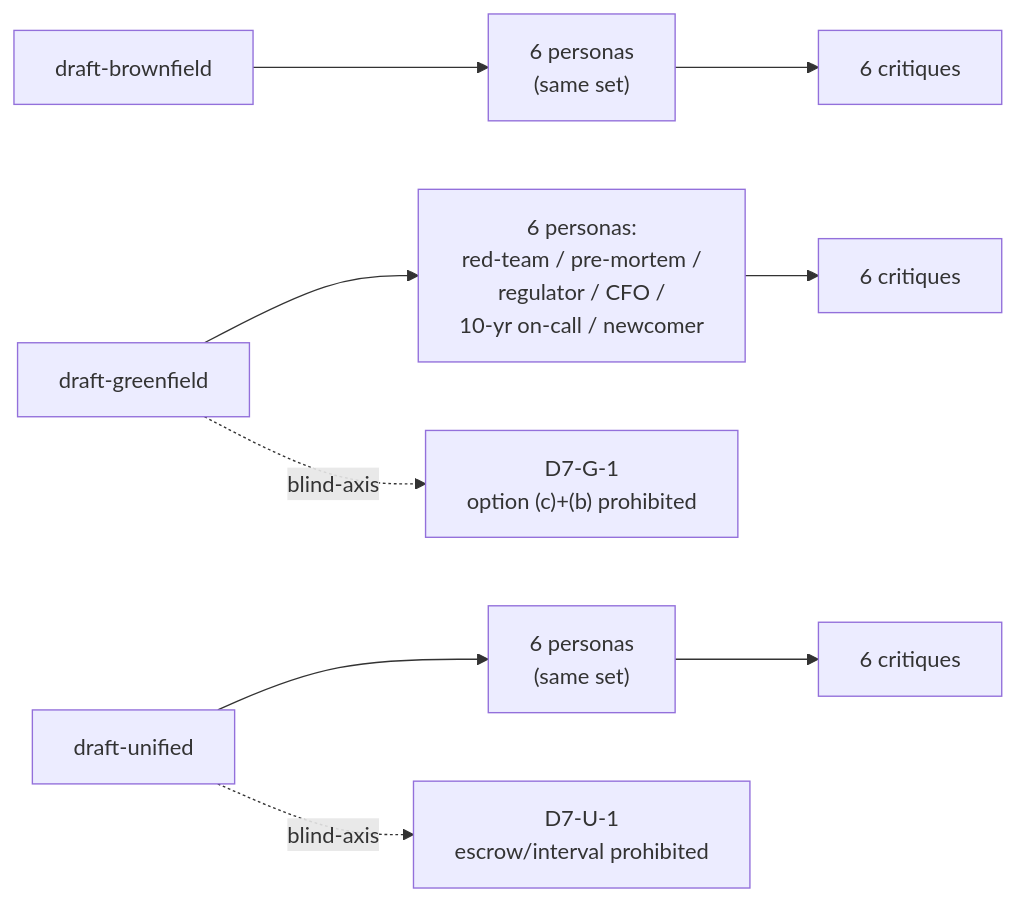
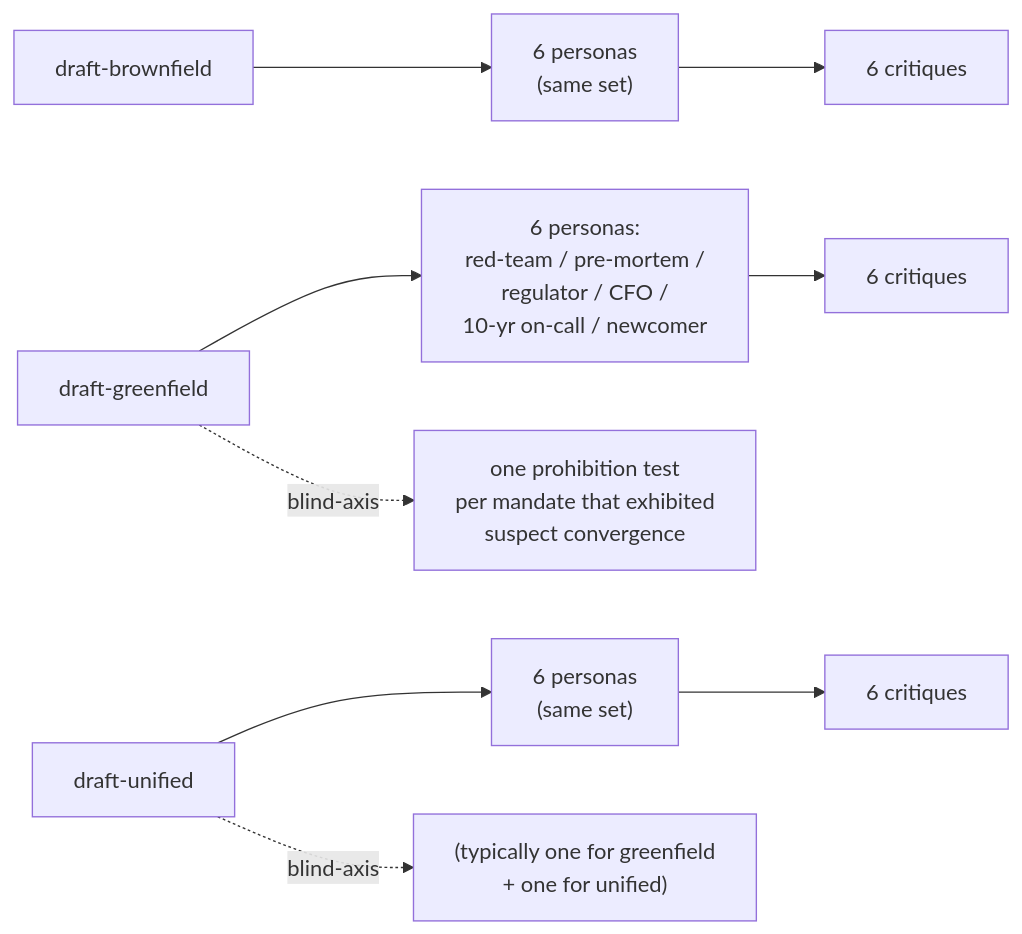
Before and after one commit to lago-morph/software-factory: the sixth of 11 diagrams in research-plan-v3-primer.md, drawn with Mermaid. The commit also changed other lines of this file, not shown here.

````diff
--- a/research-plan-v3-primer.md
+++ b/research-plan-v3-primer.md
@@ -152,13 +137,13 @@
 ```mermaid
 flowchart LR
     DG["draft-greenfield"] --> RG["6 personas:<br/>red-team / pre-mortem /<br/>regulator / CFO /<br/>10-yr on-call / newcomer"]
     DB["draft-brownfield"] --> RB["6 personas<br/>(same set)"]
     DU["draft-unified"] --> RU["6 personas<br/>(same set)"]
 
     RG --> CG["6 critiques"]
     RB --> CB["6 critiques"]
     RU --> CU["6 critiques"]
 
-    DG -.->|"blind-axis"| D7G["D7-G-1<br/>option (c)+(b) prohibited"]
-    DU -.->|"blind-axis"| D7U["D7-U-1<br/>escrow/interval prohibited"]
+    DG -.->|"blind-axis"| D7G["one prohibition test<br/>per mandate that exhibited<br/>suspect convergence"]
+    DU -.->|"blind-axis"| D7U["(typically one for greenfield<br/>+ one for unified)"]
 ```
````
